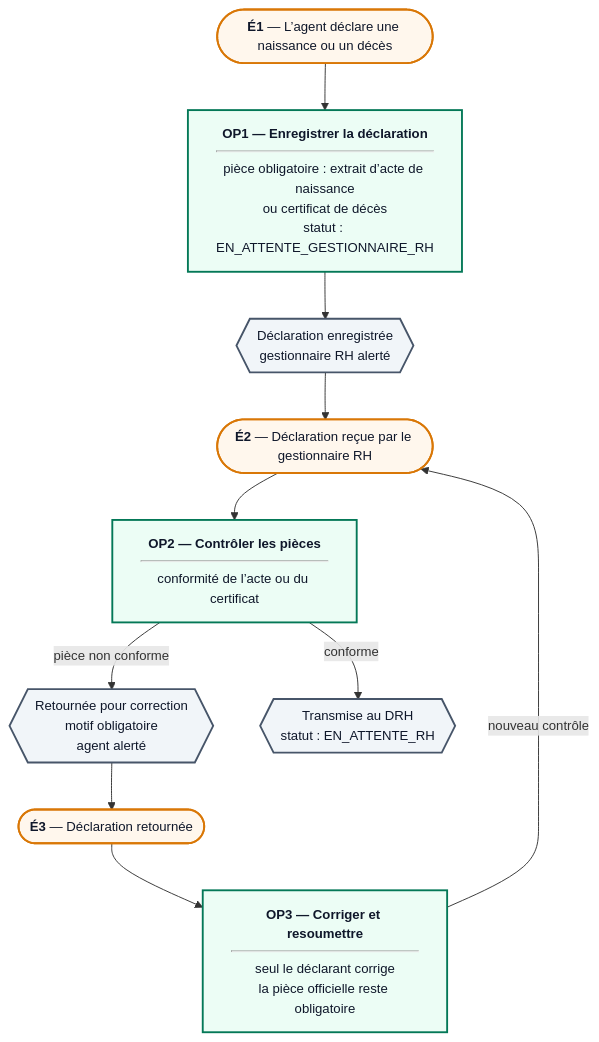
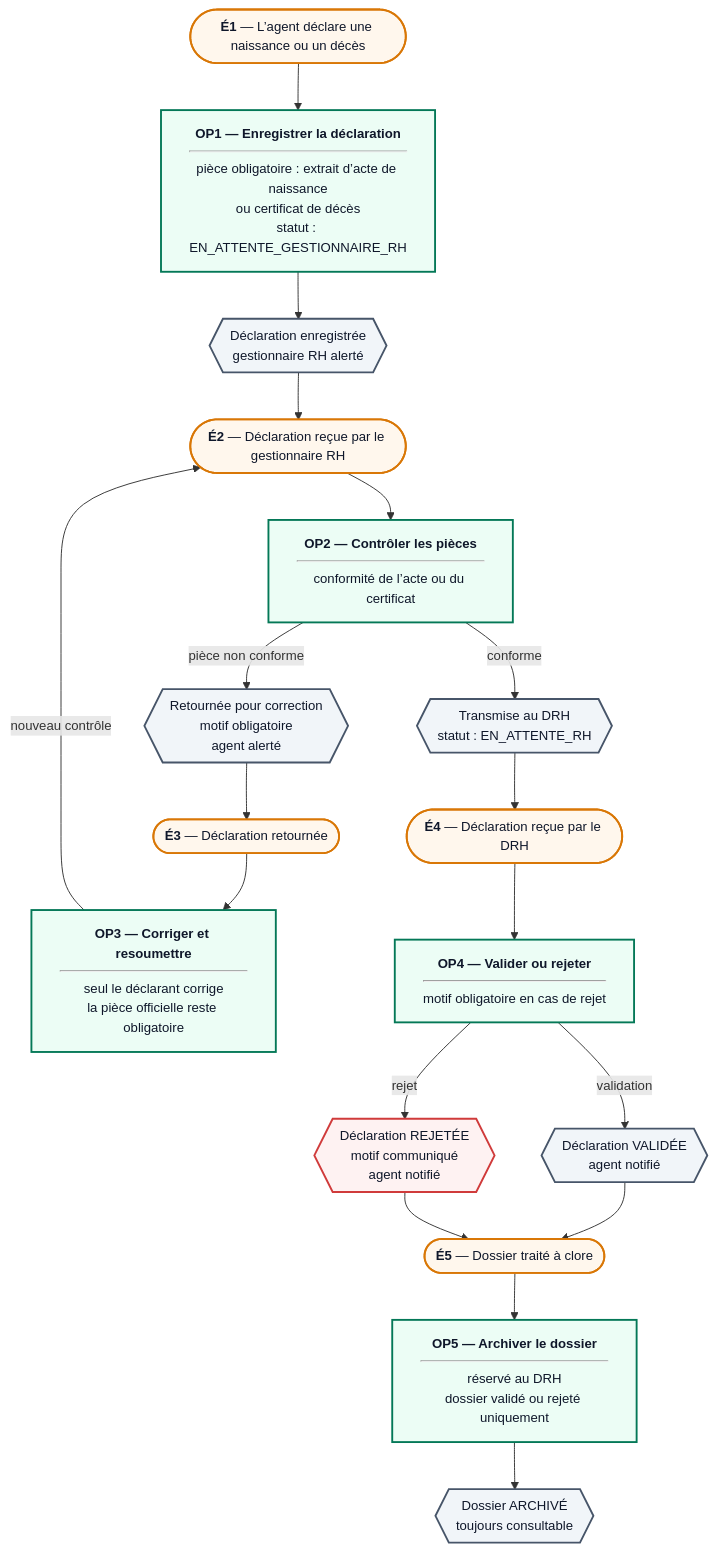
The sixth of 10 diagrams in docs/MERISE.md (MOMOBHY/APPLARAVEL), drawn with Mermaid before and after one commit. The commit also changed other lines of this file and 1 other file, not shown here.

Commit message:
Merise : un seul schéma MCT par cas

````diff
--- a/docs/MERISE.md
+++ b/docs/MERISE.md
@@ -257,26 +242,41 @@
 ```mermaid
 %%{init: {'flowchart': {'htmlLabels': true, 'curve': 'basis'}, 'themeVariables': {'fontSize': '14px'}}}%%
 flowchart TB
   classDef ev fill:#fff7ed,stroke:#d97706,stroke-width:2px,color:#0f172a
   classDef op fill:#ecfdf5,stroke:#047857,stroke-width:2px,color:#0f172a
   classDef re fill:#f1f5f9,stroke:#475569,stroke-width:2px,color:#0f172a
   classDef ko fill:#fef2f2,stroke:#d03b3b,stroke-width:2px,color:#0f172a
   E1(["<b>É1</b> — L’agent déclare une naissance ou un décès"]):::ev
   O1["<b>OP1 — Enregistrer la déclaration</b><hr/>pièce obligatoire : extrait d’acte de naissance<br/>ou certificat de décès<br/>statut : EN_ATTENTE_GESTIONNAIRE_RH"]:::op
   R1{{"Déclaration enregistrée<br/>gestionnaire RH alerté"}}:::re
   E2(["<b>É2</b> — Déclaration reçue par le gestionnaire RH"]):::ev
   O2["<b>OP2 — Contrôler les pièces</b><hr/>conformité de l’acte ou du certificat"]:::op
   E1 --> O1
   O1 --> R1
   R1 --> E2
   E2 --> O2
   R2a{{"Retournée pour correction<br/>motif obligatoire<br/>agent alerté"}}:::re
   R2b{{"Transmise au DRH<br/>statut : EN_ATTENTE_RH"}}:::re
   O2 -->|"pièce non conforme"| R2a
   O2 -->|"conforme"| R2b
   E3(["<b>É3</b> — Déclaration retournée"]):::ev
   O3["<b>OP3 — Corriger et resoumettre</b><hr/>seul le déclarant corrige<br/>la pièce officielle reste obligatoire"]:::op
   R2a --> E3
   E3 --> O3
   O3 -->|"nouveau contrôle"| E2
+  E4(["<b>É4</b> — Déclaration reçue par le DRH"]):::ev
+  O4["<b>OP4 — Valider ou rejeter</b><hr/>motif obligatoire en cas de rejet"]:::op
+  E4 --> O4
+  R4a{{"Déclaration VALIDÉE<br/>agent notifié"}}:::re
+  R4b{{"Déclaration REJETÉE<br/>motif communiqué<br/>agent notifié"}}:::ko
+  O4 -->|"validation"| R4a
+  O4 -->|"rejet"| R4b
+  E5(["<b>É5</b> — Dossier traité à clore"]):::ev
+  O5["<b>OP5 — Archiver le dossier</b><hr/>réservé au DRH<br/>dossier validé ou rejeté uniquement"]:::op
+  R5{{"Dossier ARCHIVÉ<br/>toujours consultable"}}:::re
+  R4a --> E5
+  R4b --> E5
+  E5 --> O5
+  O5 --> R5
+  R2b --> E4
 ```
````
